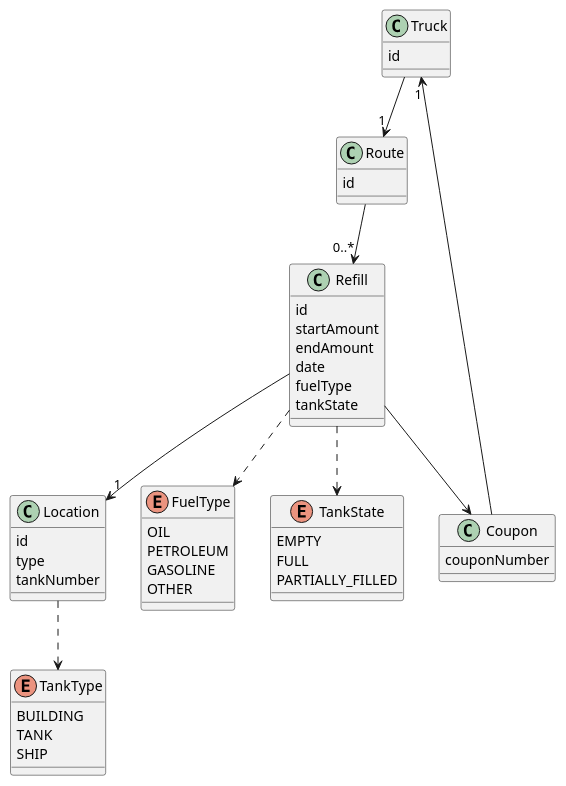
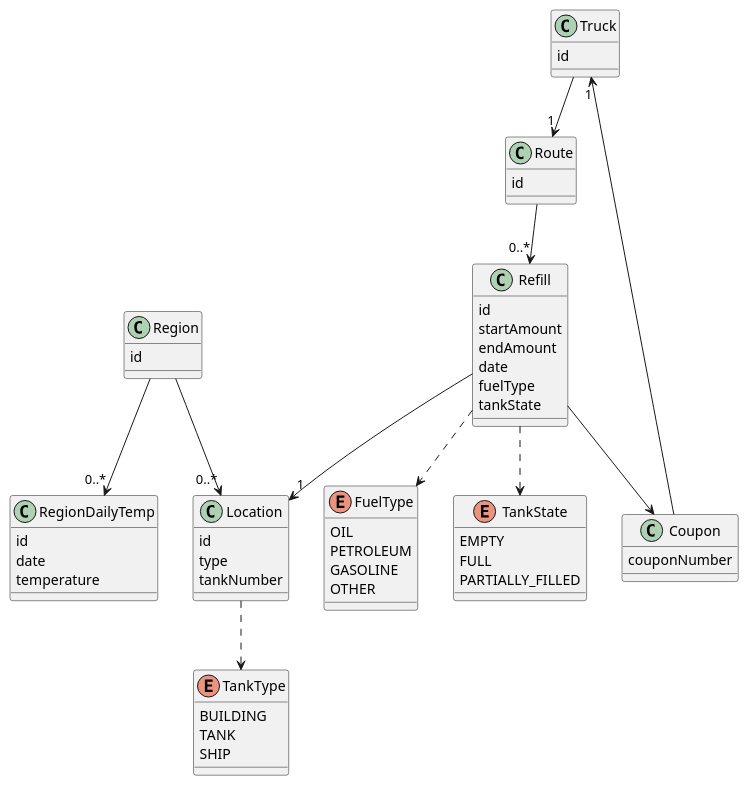
Before and after one commit to IT-Minds/client_comby_oilcontrols: the diagram in docs/entity-datamodel.md, drawn with PlantUML.

Commit message:
updated the dm diagram.

````diff
--- a/docs/entity-datamodel.md
+++ b/docs/entity-datamodel.md
@@ -5,59 +5,71 @@
 ```plantuml
 @startuml
 class Truck {
   id
 }
 
 class Route {
   id
 }
 
 class Location {
   id
   type
   tankNumber
 }
 
 class Refill {
   id
   startAmount
   endAmount
   date
   fuelType
   tankState
+}
+
+class Region {
+  id
+}
+
+class RegionDailyTemp {
+  id
+  date
+  temperature
 }
 
 enum FuelType {
   OIL
   PETROLEUM
   GASOLINE
   OTHER
 }
 
 enum TankType {
   BUILDING
   TANK
   SHIP
 }
 
 enum TankState {
   EMPTY
   FULL
   PARTIALLY_FILLED
 }
 
 class Coupon {
   couponNumber
 }
 
 Truck --> "1" Route
 Route --> "0..*" Refill
 Refill --> "1" Location
 Refill --> Coupon
 Refill ..> FuelType
 Location ..> TankType
 Refill ..> TankState
 Truck "1" <-- Coupon
+Region --> "0..*" Location
+Region --> "0..*" RegionDailyTemp
 @enduml
 
 ```
````
